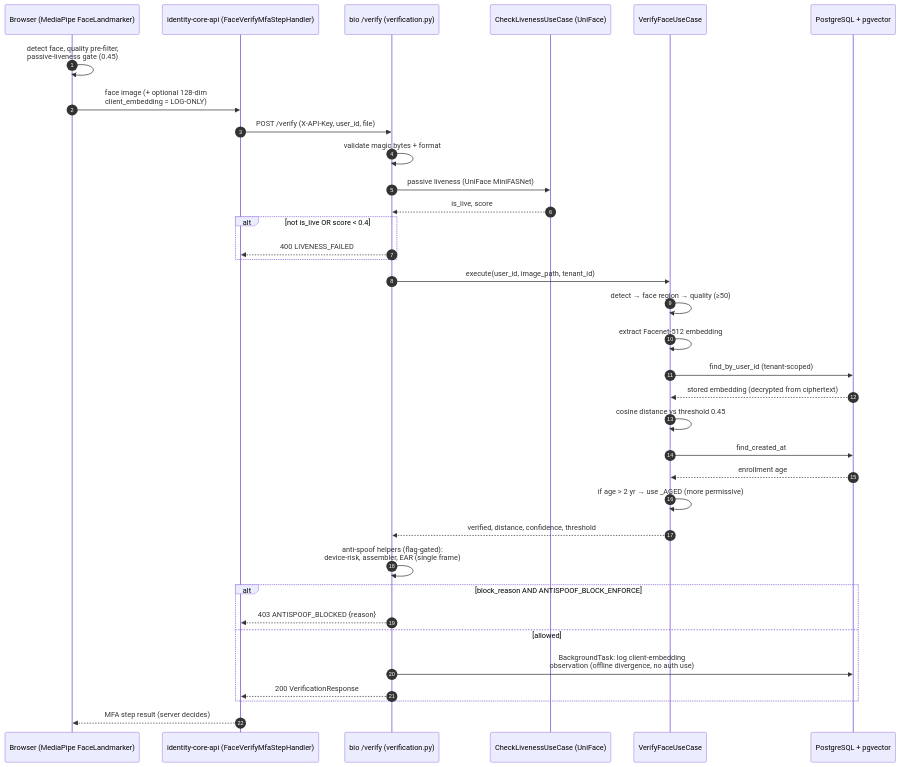
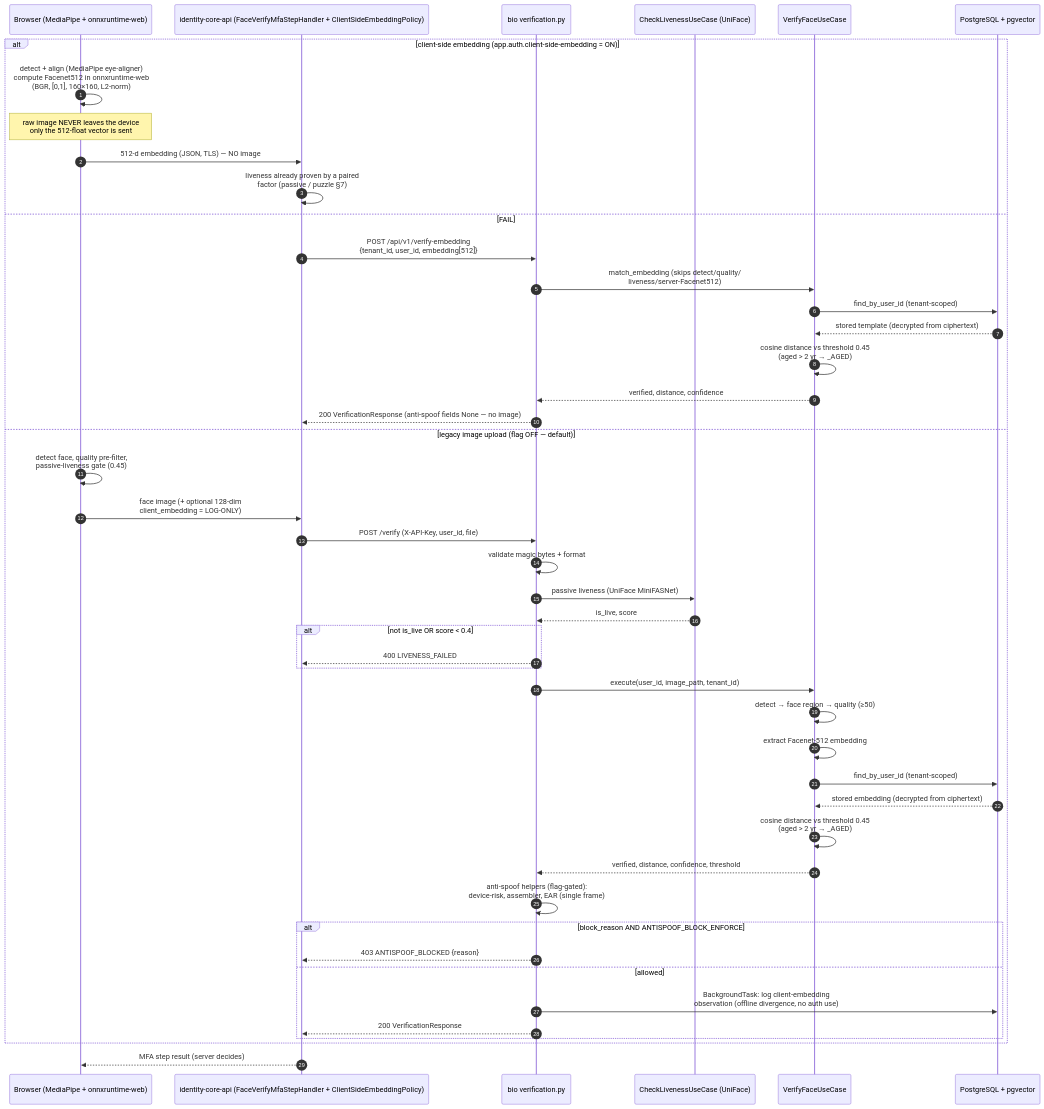
The second of 11 diagrams in diagrams/mermaid/03-biometric-pipelines.md (Rollingcat-Software/docs), drawn with Mermaid before and after one commit. The commit also changed other lines of this file and 2 other files, not shown here.

First line of the commit message:
docs(architecture): client-side embedding + puzzle-as-layer diagrams & plan (#22)

````diff
--- a/diagrams/mermaid/03-biometric-pipelines.md
+++ b/diagrams/mermaid/03-biometric-pipelines.md
@@ -87,38 +121,49 @@
 ```mermaid
 sequenceDiagram
     autonumber
-    participant B as Browser (MediaPipe FaceLandmarker)
-    participant API as identity-core-api (FaceVerifyMfaStepHandler)
-    participant V as bio /verify (verification.py)
+    participant B as Browser (MediaPipe + onnxruntime-web)
+    participant API as identity-core-api (FaceVerifyMfaStepHandler + ClientSideEmbeddingPolicy)
+    participant V as bio verification.py
     participant LU as CheckLivenessUseCase (UniFace)
     participant UC as VerifyFaceUseCase
     participant DB as PostgreSQL + pgvector
 
-    B->>B: detect face, quality pre-filter,<br/>passive-liveness gate (0.45)
-    B->>API: face image (+ optional 128-dim<br/>client_embedding = LOG-ONLY)
-    API->>V: POST /verify (X-API-Key, user_id, file)
-    V->>V: validate magic bytes + format
-    V->>LU: passive liveness (UniFace MiniFASNet)
-    LU-->>V: is_live, score
-    alt not is_live OR score < 0.4
-        V-->>API: 400 LIVENESS_FAILED
-    end
-    V->>UC: execute(user_id, image_path, tenant_id)
-    UC->>UC: detect → face region → quality (≥50)
-    UC->>UC: extract Facenet-512 embedding
-    UC->>DB: find_by_user_id (tenant-scoped)
-    DB-->>UC: stored embedding (decrypted from ciphertext)
-    UC->>UC: cosine distance vs threshold 0.45
-    UC->>DB: find_created_at
-    DB-->>UC: enrollment age
-    UC->>UC: if age > 2 yr → use _AGED (more permissive)
-    UC-->>V: verified, distance, confidence, threshold
-    V->>V: anti-spoof helpers (flag-gated):<br/>device-risk, assembler, EAR (single frame)
-    alt block_reason AND ANTISPOOF_BLOCK_ENFORCE
-        V-->>API: 403 ANTISPOOF_BLOCKED {reason}
-    else allowed
-        V->>DB: BackgroundTask: log client-embedding<br/>observation (offline divergence, no auth use)
-        V-->>API: 200 VerificationResponse
+    alt client-side embedding (app.auth.client-side-embedding = ON)
+        B->>B: detect + align (MediaPipe eye-aligner)<br/>compute Facenet512 in onnxruntime-web<br/>(BGR, [0,1], 160×160, L2-norm)
+        Note over B: raw image NEVER leaves the device<br/>only the 512-float vector is sent
+        B->>API: 512-d embedding (JSON, TLS) — NO image
+        API->>API: liveness already proven by a paired<br/>factor (passive / puzzle §7); else FAIL
+        API->>V: POST /api/v1/verify-embedding<br/>{tenant_id, user_id, embedding[512]}
+        V->>UC: match_embedding (skips detect/quality/<br/>liveness/server-Facenet512)
+        UC->>DB: find_by_user_id (tenant-scoped)
+        DB-->>UC: stored template (decrypted from ciphertext)
+        UC->>UC: cosine distance vs threshold 0.45<br/>(aged > 2 yr → _AGED)
+        UC-->>V: verified, distance, confidence
+        V-->>API: 200 VerificationResponse (anti-spoof fields None — no image)
+    else legacy image upload (flag OFF — default)
+        B->>B: detect face, quality pre-filter,<br/>passive-liveness gate (0.45)
+        B->>API: face image (+ optional 128-dim<br/>client_embedding = LOG-ONLY)
+        API->>V: POST /verify (X-API-Key, user_id, file)
+        V->>V: validate magic bytes + format
+        V->>LU: passive liveness (UniFace MiniFASNet)
+        LU-->>V: is_live, score
+        alt not is_live OR score < 0.4
+            V-->>API: 400 LIVENESS_FAILED
+        end
+        V->>UC: execute(user_id, image_path, tenant_id)
+        UC->>UC: detect → face region → quality (≥50)
+        UC->>UC: extract Facenet-512 embedding
+        UC->>DB: find_by_user_id (tenant-scoped)
+        DB-->>UC: stored embedding (decrypted from ciphertext)
+        UC->>UC: cosine distance vs threshold 0.45<br/>(aged > 2 yr → _AGED)
+        UC-->>V: verified, distance, confidence, threshold
+        V->>V: anti-spoof helpers (flag-gated):<br/>device-risk, assembler, EAR (single frame)
+        alt block_reason AND ANTISPOOF_BLOCK_ENFORCE
+            V-->>API: 403 ANTISPOOF_BLOCKED {reason}
+        else allowed
+            V->>DB: BackgroundTask: log client-embedding<br/>observation (offline divergence, no auth use)
+            V-->>API: 200 VerificationResponse
+        end
     end
     API-->>B: MFA step result (server decides)
 ```
````
